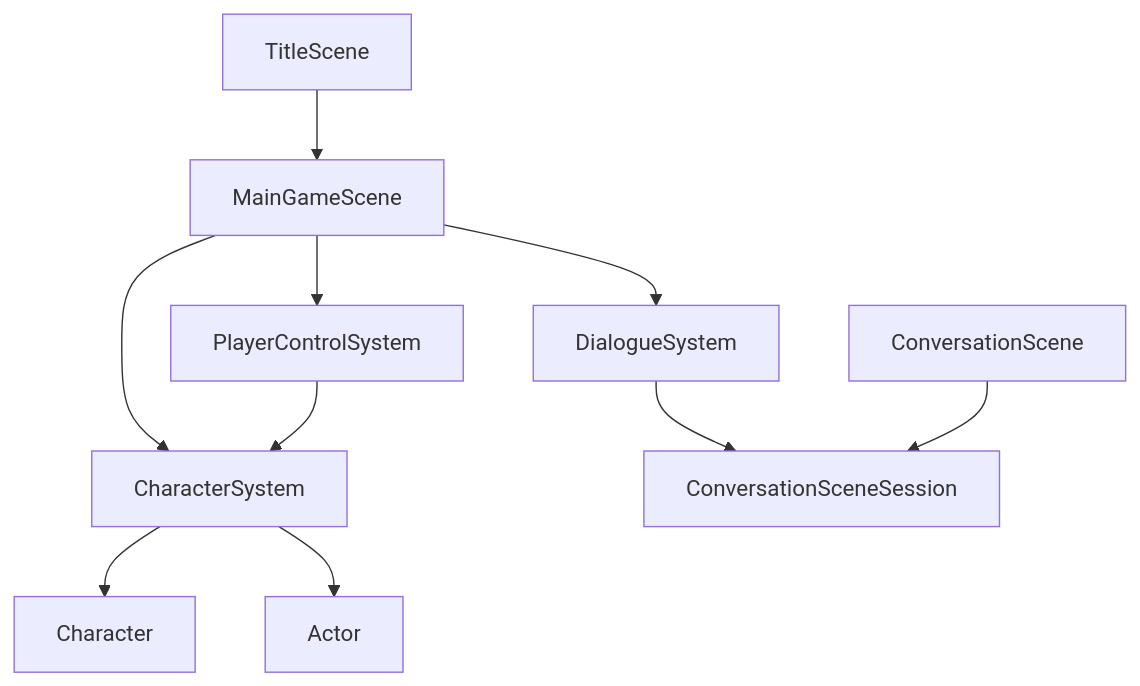
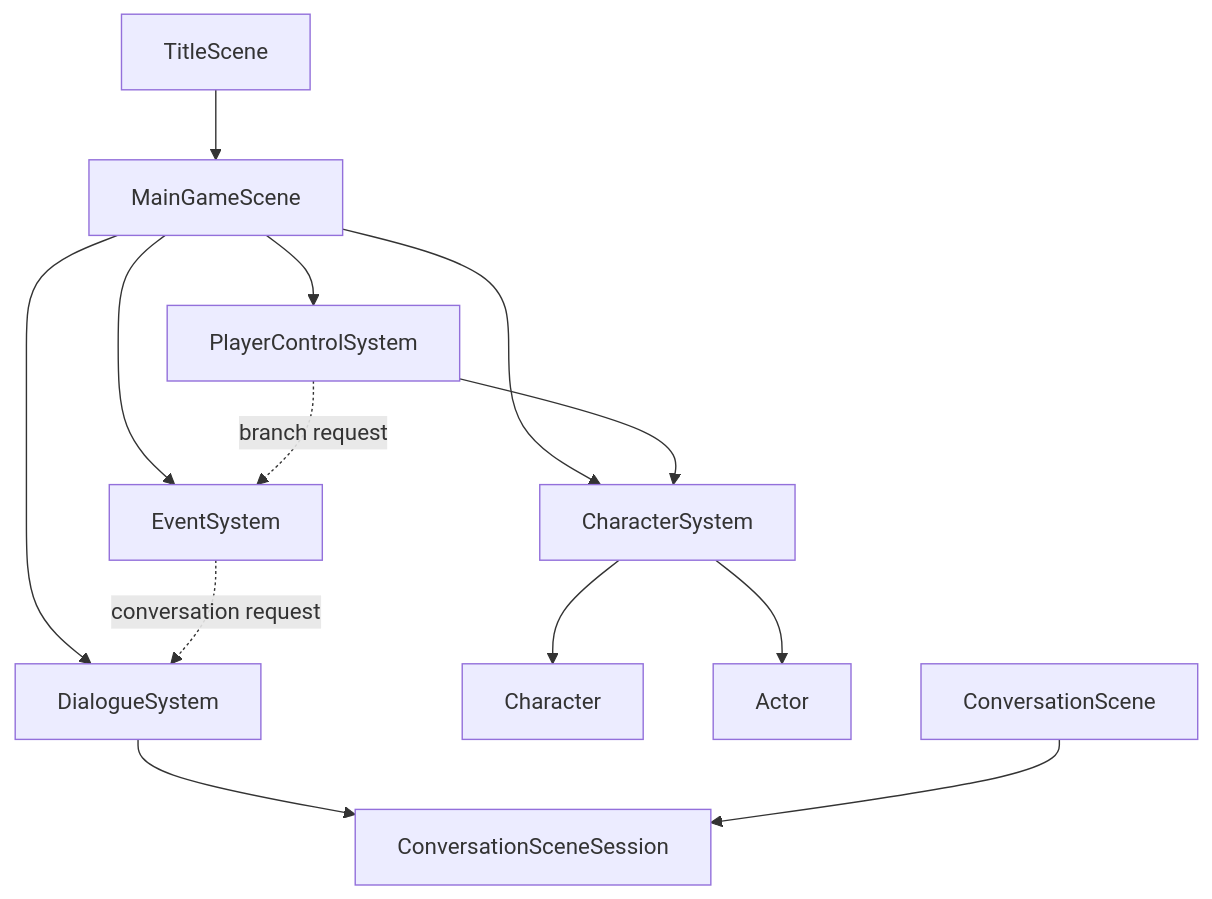
One commit to hachimitu22/negima-festival changed the diagram in docs/詳細設計/ドメイン/シーン/README.md. Above: the diagram before and after it, drawn with Mermaid. The commit also changed other lines of this file and 12 other files, not shown here.

Commit message:
refactor: EventSystem 化

````diff
--- a/docs/詳細設計/ドメイン/シーン/README.md
+++ b/docs/詳細設計/ドメイン/シーン/README.md
@@ -18,12 +18,15 @@
 ```mermaid
 flowchart TB
   TitleScene --> MainGameScene
   MainGameScene --> CharacterSystem
   MainGameScene --> DialogueSystem
   MainGameScene --> PlayerControlSystem
+  MainGameScene --> EventSystem
   PlayerControlSystem --> CharacterSystem
+  PlayerControlSystem -. branch request .-> EventSystem
+  EventSystem -. conversation request .-> DialogueSystem
   CharacterSystem --> Character
   CharacterSystem --> Actor
   DialogueSystem --> ConversationSceneSession
   ConversationScene --> ConversationSceneSession
 ```
````
